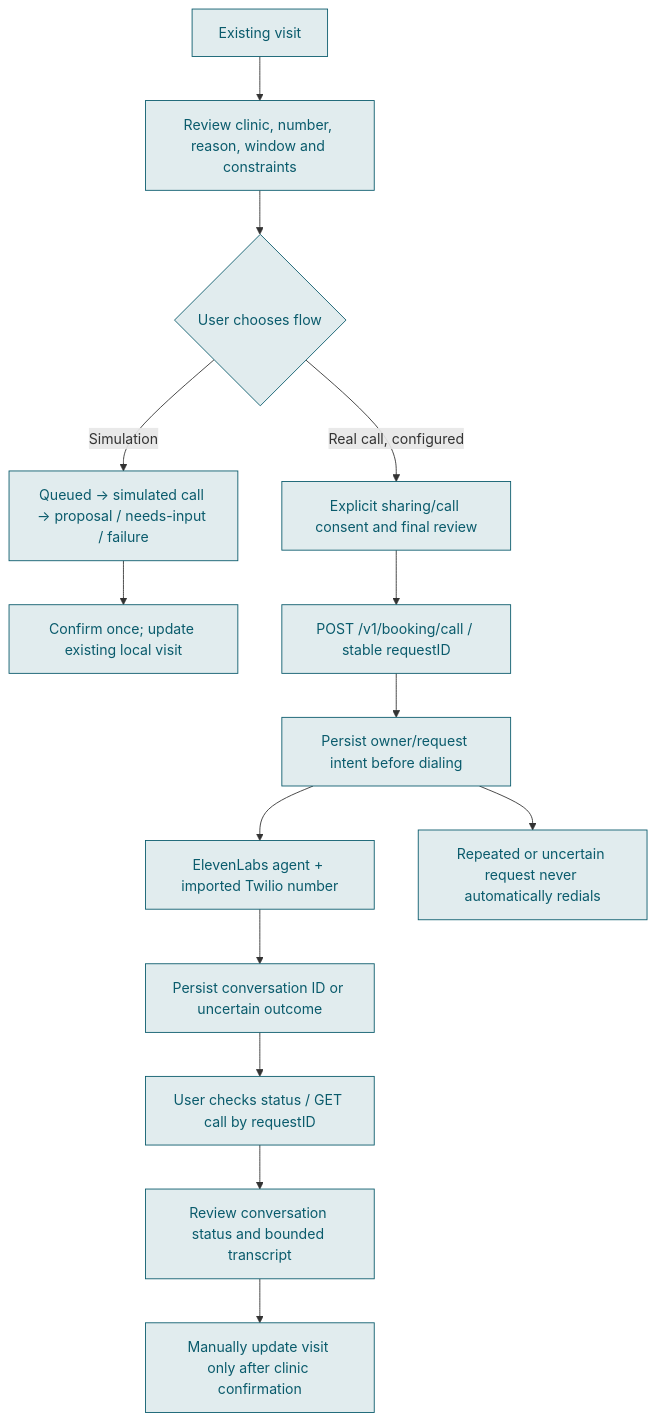
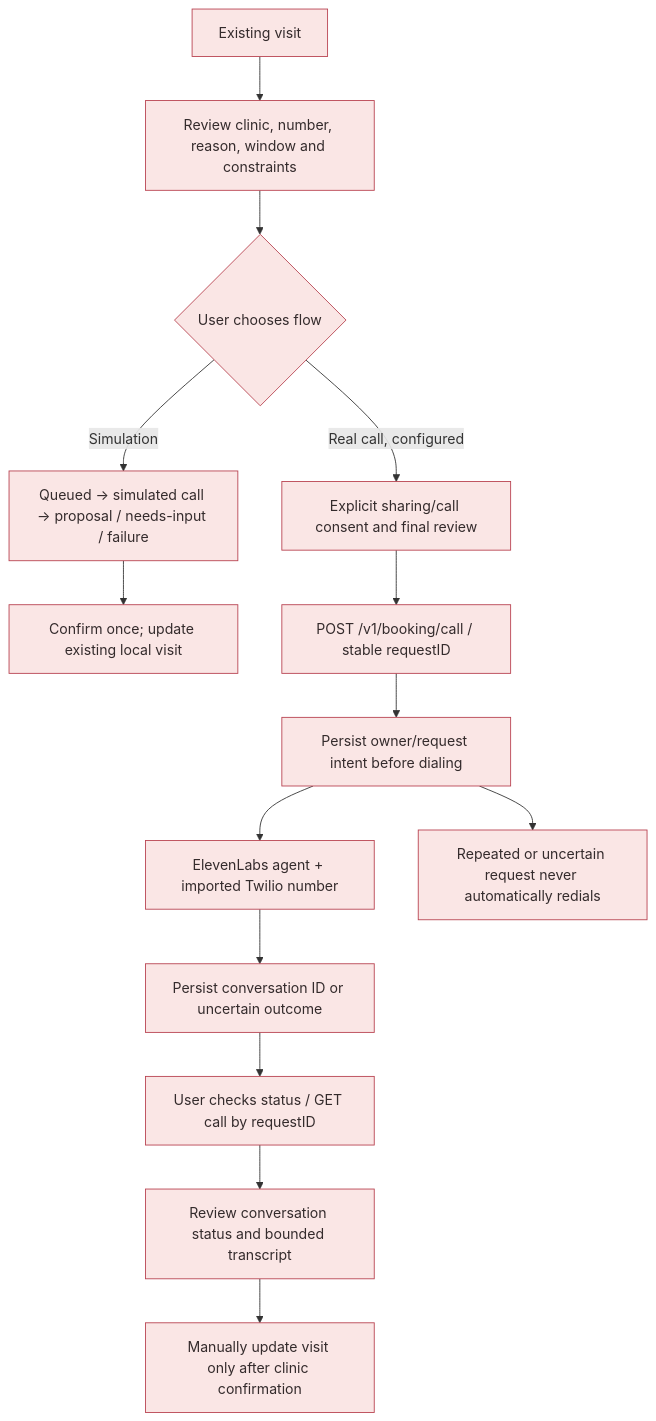
Before and after one commit to Siddiqui-R/2026_ricehackathon_medicine: the fourth of 6 diagrams in docs/architecture.md, drawn with Mermaid. The commit also changed other lines of this file and 12 other files, not shown here.

````diff
--- a/docs/architecture.md
+++ b/docs/architecture.md
@@ -133,18 +147,18 @@
 ```mermaid
 flowchart TD
     VISIT["Existing visit"] --> REVIEW["Review clinic, number, reason, window and constraints"]
     REVIEW --> MODE{"User chooses flow"}
     MODE -->|"Simulation"| DEMO["Queued → simulated call → proposal / needs-input / failure"]
     DEMO --> CONFIRM["Confirm once; update existing local visit"]
     MODE -->|"Real call, configured"| CONSENT["Explicit sharing/call consent and final review"]
     CONSENT --> API["POST /v1/booking/call / stable requestID"]
     API --> INTENT["Persist owner/request intent before dialing"]
     INTENT --> CALL["ElevenLabs agent + imported Twilio number"]
     CALL --> RECEIPT["Persist conversation ID or uncertain outcome"]
     RECEIPT --> POLL["User checks status / GET call by requestID"]
     POLL --> TRANSCRIPT["Review conversation status and bounded transcript"]
     TRANSCRIPT --> EDIT["Manually update visit only after clinic confirmation"]
     INTENT --> REPLAY["Repeated or uncertain request never automatically redials"]
-    classDef reva fill:#E1ECEE,stroke:#0A5B6C,color:#0A5B6C;
+    classDef reva fill:#FAE6E5,stroke:#B84250,color:#342B2C;
     class VISIT,REVIEW,MODE,DEMO,CONFIRM,CONSENT,API,INTENT,CALL,RECEIPT,POLL,TRANSCRIPT,EDIT,REPLAY reva;
 ```
````
